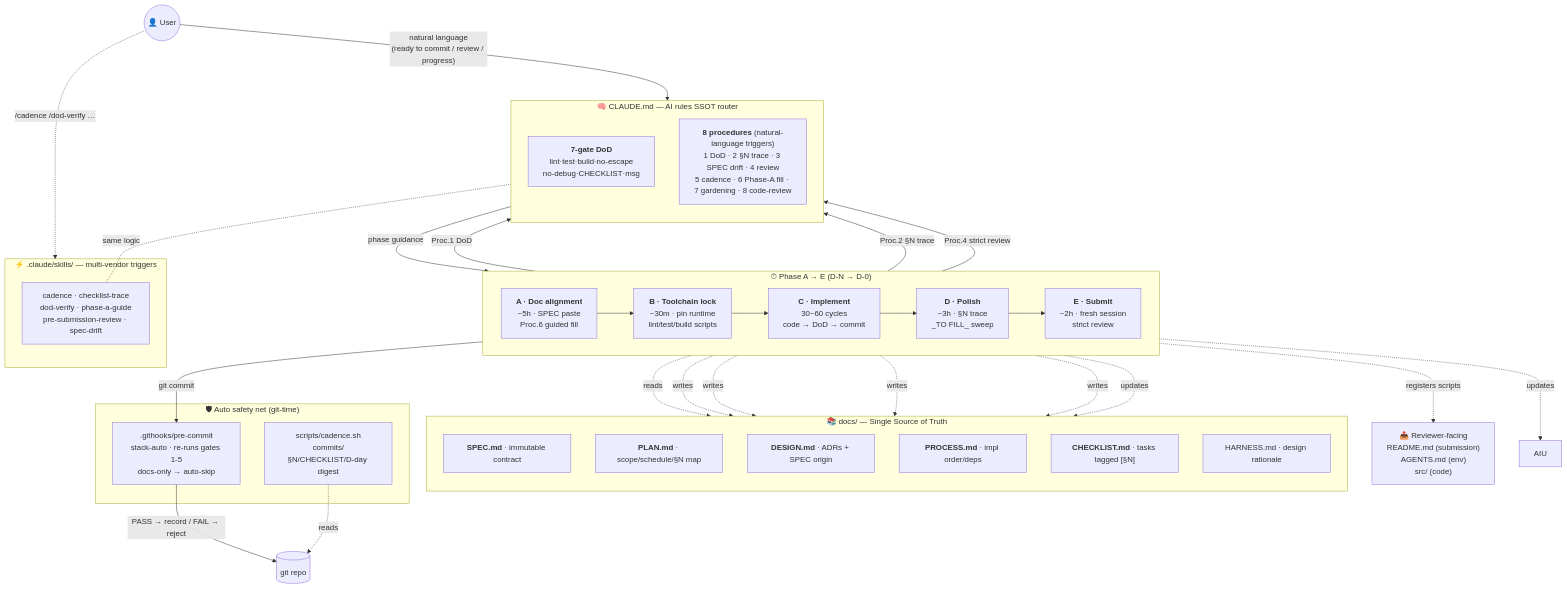
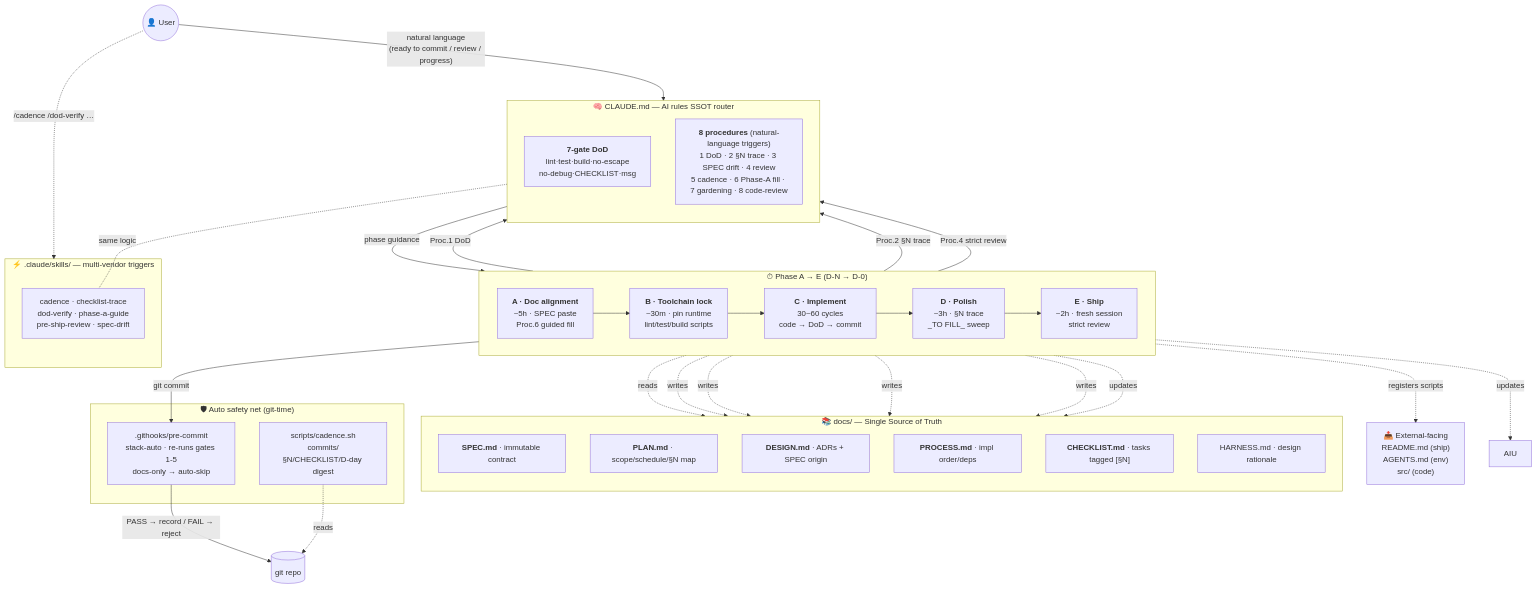
The first of 4 diagrams in docs/OVERVIEW.md (JayKim88/craft-kit), drawn with Mermaid before and after one commit. The commit also changed other lines of this file and 24 other files, not shown here.

````diff
--- a/docs/OVERVIEW.md
+++ b/docs/OVERVIEW.md
@@ -10,62 +10,62 @@
 ```mermaid
 flowchart TB
     User((👤 User))
 
     subgraph TIME["⏱ Phase A → E (D-N → D-0)"]
       direction LR
       PA["<b>A · Doc alignment</b><br/>~5h · SPEC paste<br/>Proc.6 guided fill"]
       PB["<b>B · Toolchain lock</b><br/>~30m · pin runtime<br/>lint/test/build scripts"]
       PC["<b>C · Implement</b><br/>30~60 cycles<br/>code → DoD → commit"]
       PD["<b>D · Polish</b><br/>~3h · §N trace<br/>_TO FILL_ sweep"]
-      PE["<b>E · Submit</b><br/>~2h · fresh session<br/>strict review"]
+      PE["<b>E · Ship</b><br/>~2h · fresh session<br/>strict review"]
       PA --> PB --> PC --> PD --> PE
     end
 
     subgraph BRAIN["🧠 CLAUDE.md — AI rules SSOT router"]
       direction TB
       DOD["<b>7-gate DoD</b><br/>lint·test·build·no-escape<br/>no-debug·CHECKLIST·msg"]
       PROCS["<b>8 procedures</b> (natural-language triggers)<br/>1 DoD · 2 §N trace · 3 SPEC drift · 4 review<br/>5 cadence · 6 Phase-A fill · 7 gardening · 8 code-review"]
     end
 
     subgraph DOCS["📚 docs/ — Single Source of Truth"]
       direction TB
       SPEC["<b>SPEC.md</b> · immutable contract"]
       PLAN["<b>PLAN.md</b> · scope/schedule/§N map"]
       DESIGN["<b>DESIGN.md</b> · ADRs + SPEC origin"]
       PROCESS["<b>PROCESS.md</b> · impl order/deps"]
       CHECK["<b>CHECKLIST.md</b> · tasks tagged [§N]"]
       HARN["HARNESS.md · design rationale"]
     end
 
     subgraph SKILLS["⚡ .claude/skills/ — multi-vendor triggers"]
-      SK["cadence · checklist-trace<br/>dod-verify · phase-a-guide<br/>pre-submission-review · spec-drift"]
+      SK["cadence · checklist-trace<br/>dod-verify · phase-a-guide<br/>pre-ship-review · spec-drift"]
     end
 
     subgraph GUARD["🛡 Auto safety net (git-time)"]
       HOOK[".githooks/pre-commit<br/>stack-auto · re-runs gates 1-5<br/>docs-only → auto-skip"]
       CAD["scripts/cadence.sh<br/>commits/§N/CHECKLIST/D-day digest"]
     end
 
-    OUT["📤 Reviewer-facing<br/>README.md (submission)<br/>AGENTS.md (env)<br/>src/ (code)"]
+    OUT["📤 External-facing<br/>README.md (ship)<br/>AGENTS.md (env)<br/>src/ (code)"]
 
     User -- "natural language<br/>(ready to commit / review / progress)" --> BRAIN
     BRAIN -- "phase guidance" --> TIME
 
     PA -. reads .-> SPEC
     PA -. writes .-> PLAN
     PA -. writes .-> DESIGN
     PA -. writes .-> PROCESS
     PA -. writes .-> CHECK
     PB -. registers scripts .-> OUT
     PC -- "Proc.1 DoD" --> DOD
     PC -. updates .-> CHECK
     PC -. updates .-> AIU
     PC -- "git commit" --> HOOK
     PD -- "Proc.2 §N trace" --> PROCS
     PE -- "Proc.4 strict review" --> PROCS
 
     PROCS -. same logic .- SK
     HOOK -- "PASS → record / FAIL → reject" --> GIT[(git repo)]
     CAD -. reads .-> GIT
     User -. "/cadence /dod-verify …" .-> SKILLS
 ```
````
